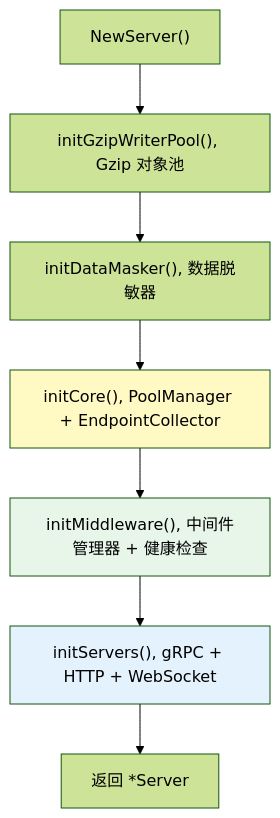
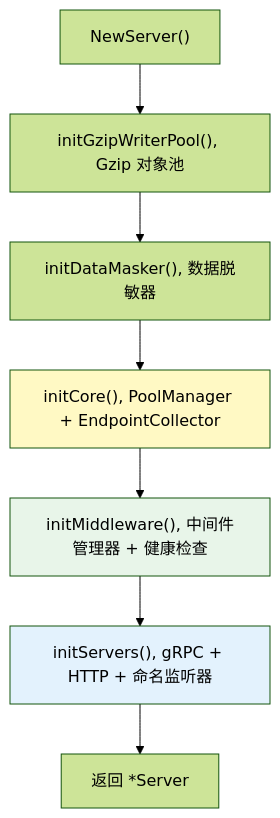
Before and after one commit to kamalyes/go-rpc-gateway: the fourth of 4 diagrams in docs/SERVER.md, drawn with Mermaid (forest theme). The commit also changed other lines of this file and 17 other files, not shown here.

````diff
--- a/docs/SERVER.md
+++ b/docs/SERVER.md
@@ -644,13 +640,13 @@
 ```mermaid
 flowchart TD
     NEW["NewServer()"] --> S1["initGzipWriterPool(), Gzip 对象池"]
     S1 --> S2["initDataMasker(), 数据脱敏器"]
     S2 --> S3["initCore(), PoolManager + EndpointCollector"]
     S3 --> S4["initMiddleware(), 中间件管理器 + 健康检查"]
-    S4 --> S5["initServers(), gRPC + HTTP + WebSocket"]
+    S4 --> S5["initServers(), gRPC + HTTP + 命名监听器"]
     S5 --> DONE["返回 *Server"]
 
     style S3 fill:#fff9c4
     style S4 fill:#e8f5e9
     style S5 fill:#e3f2fd
 ```
````
